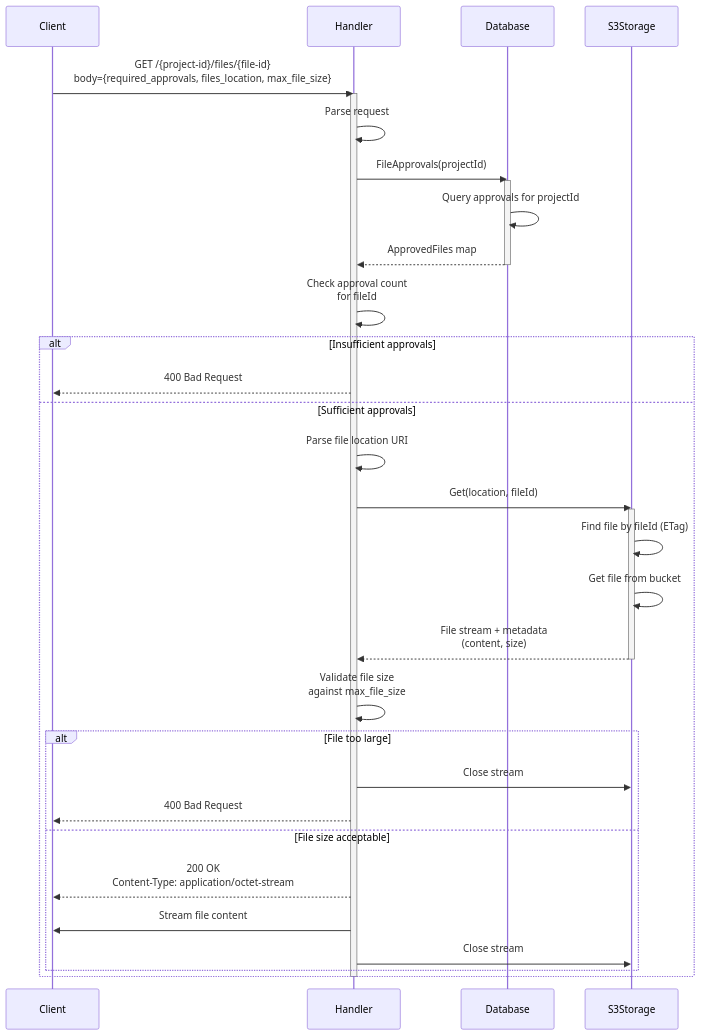
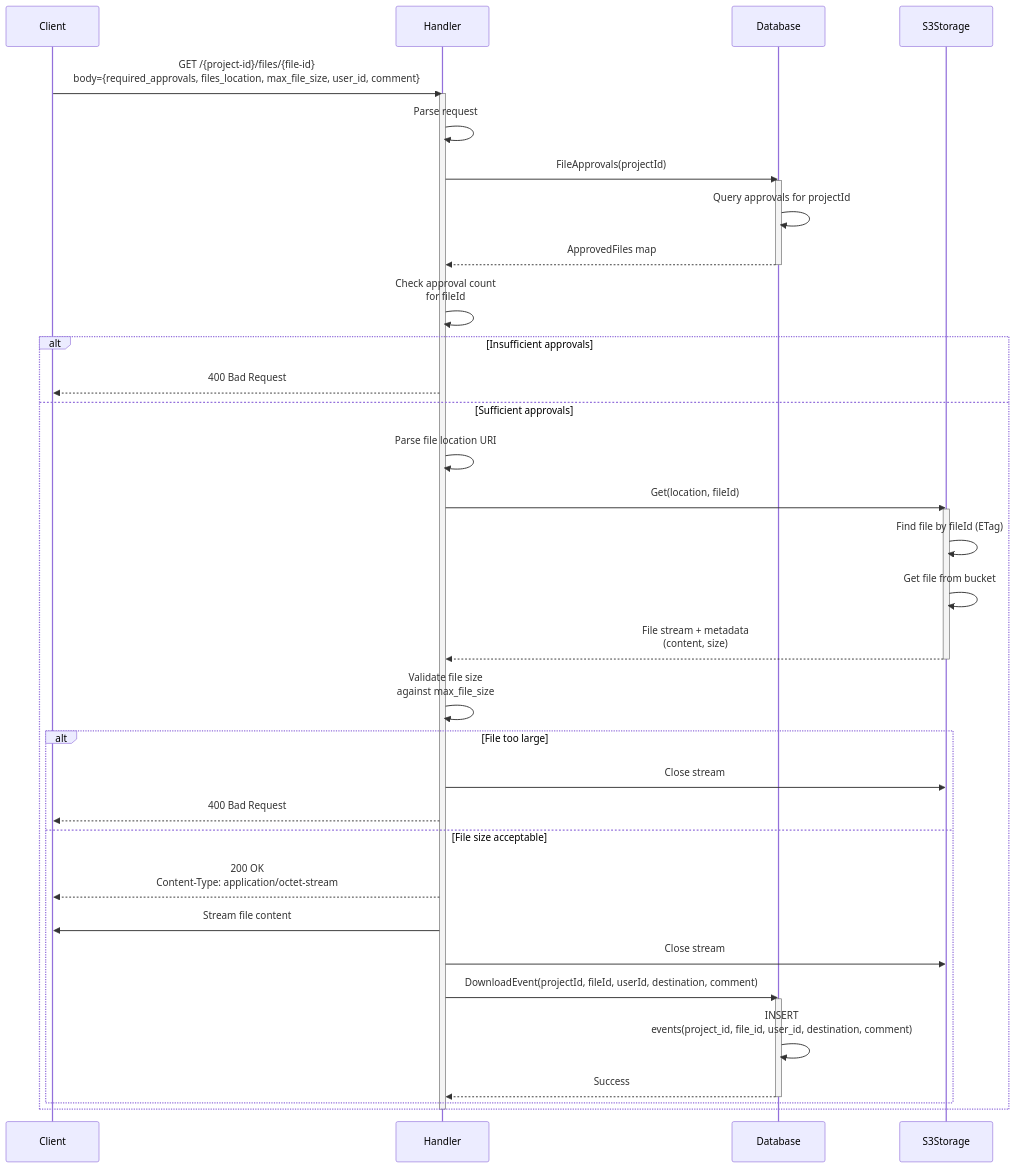
One commit to ucl-arc-tre/egress changed the third of 4 diagrams in docs/design/operations.md. Above: the diagram before and after it, drawn with Mermaid. The commit also changed other lines of this file and 29 other files, not shown here.

````diff
--- a/docs/design/operations.md
+++ b/docs/design/operations.md
@@ -104,45 +114,51 @@
 ```mermaid
 sequenceDiagram
     participant Client
     participant Handler
     participant Database
     participant S3Storage
 
-    Client->>Handler: GET /{project-id}/files/{file-id}<br/>body={required_approvals, files_location, max_file_size}
+    Client->>Handler: GET /{project-id}/files/{file-id}<br/>body={required_approvals, files_location, max_file_size, user_id, comment}
 
     activate Handler
     Handler->>Handler: Parse request
 
     Handler->>Database: FileApprovals(projectId)
     activate Database
     Database->>Database: Query approvals for projectId
     Database-->>Handler: ApprovedFiles map
     deactivate Database
 
     Handler->>Handler: Check approval count<br/>for fileId
 
     alt Insufficient approvals
         Handler-->>Client: 400 Bad Request
     else Sufficient approvals
         Handler->>Handler: Parse file location URI
 
         Handler->>S3Storage: Get(location, fileId)
         activate S3Storage
         S3Storage->>S3Storage: Find file by fileId (ETag)
         S3Storage->>S3Storage: Get file from bucket
         S3Storage-->>Handler: File stream + metadata<br/>(content, size)
         deactivate S3Storage
 
         Handler->>Handler: Validate file size<br/>against max_file_size
 
         alt File too large
             Handler->>S3Storage: Close stream
             Handler-->>Client: 400 Bad Request
         else File size acceptable
             Handler-->>Client: 200 OK<br/>Content-Type: application/octet-stream
             Handler->>Client: Stream file content
             Handler->>S3Storage: Close stream
+
+            Handler->>Database: DownloadEvent(projectId, fileId, userId, destination, comment)
+            activate Database
+            Database->>Database: INSERT <br/>events(project_id, file_id, user_id, destination, comment)
+            Database-->>Handler: Success
+            deactivate Database
         end
     end
     deactivate Handler
 ```
````
